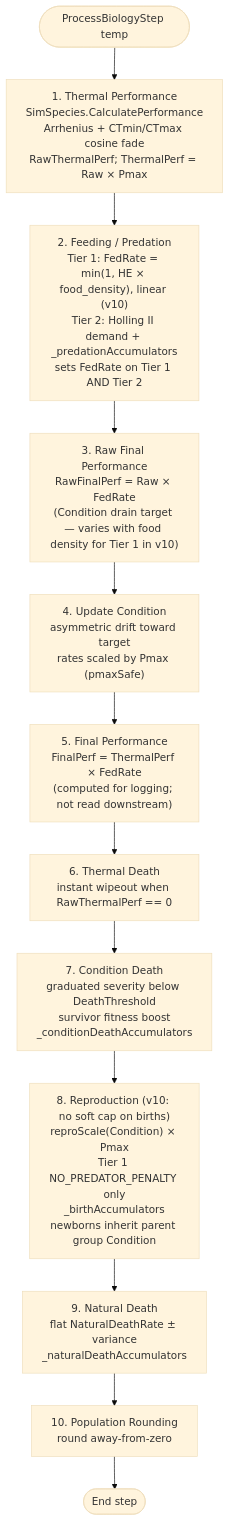
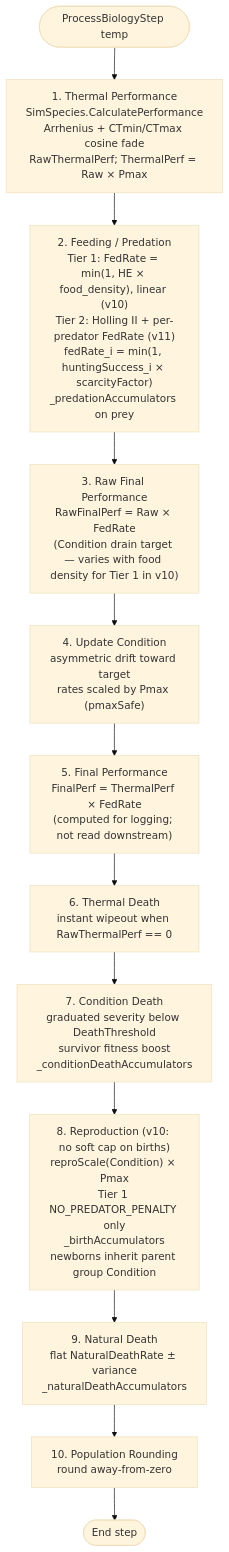
The diagram in docs/diagrams/biology-overview.md (Ghostlab-Studios/tinysea), drawn with Mermaid (base theme) before and after one commit. The commit also changed 5 other files, not shown here.

First line of the commit message:
docs: align spec with v11.1 (per-predator FedRate, cap-always-on, crash detection, diagnostics)

````diff
--- a/docs/diagrams/biology-overview.md
+++ b/docs/diagrams/biology-overview.md
@@ -5,14 +5,14 @@
 ```mermaid
 flowchart TD
     Start([ProcessBiologyStep temp]) --> S1["1. Thermal Performance<br/>SimSpecies.CalculatePerformance<br/>Arrhenius + CTmin/CTmax cosine fade<br/>RawThermalPerf; ThermalPerf = Raw × Pmax"]
-    S1 --> S2["2. Feeding / Predation<br/>Tier 1: FedRate = min(1, HE × food_density), linear (v10)<br/>Tier 2: Holling II demand + _predationAccumulators<br/>sets FedRate on Tier 1 AND Tier 2"]
+    S1 --> S2["2. Feeding / Predation<br/>Tier 1: FedRate = min(1, HE × food_density), linear (v10)<br/>Tier 2: Holling II + per-predator FedRate (v11)<br/>fedRate_i = min(1, huntingSuccess_i × scarcityFactor)<br/>_predationAccumulators on prey"]
     S2 --> S3["3. Raw Final Performance<br/>RawFinalPerf = Raw × FedRate<br/>(Condition drain target — varies with food density for Tier 1 in v10)"]
     S3 --> S4["4. Update Condition<br/>asymmetric drift toward target<br/>rates scaled by Pmax (pmaxSafe)"]
     S4 --> S5["5. Final Performance<br/>FinalPerf = ThermalPerf × FedRate<br/>(computed for logging; not read downstream)"]
     S5 --> S6["6. Thermal Death<br/>instant wipeout when RawThermalPerf == 0"]
     S6 --> S7["7. Condition Death<br/>graduated severity below DeathThreshold<br/>survivor fitness boost<br/>_conditionDeathAccumulators"]
     S7 --> S8["8. Reproduction (v10: no soft cap on births)<br/>reproScale(Condition) × Pmax<br/>Tier 1 NO_PREDATOR_PENALTY only<br/>_birthAccumulators<br/>newborns inherit parent group Condition"]
     S8 --> S9["9. Natural Death<br/>flat NaturalDeathRate ± variance<br/>_naturalDeathAccumulators"]
     S9 --> S10["10. Population Rounding<br/>round away-from-zero"]
     S10 --> End([End step])
 ```
````
